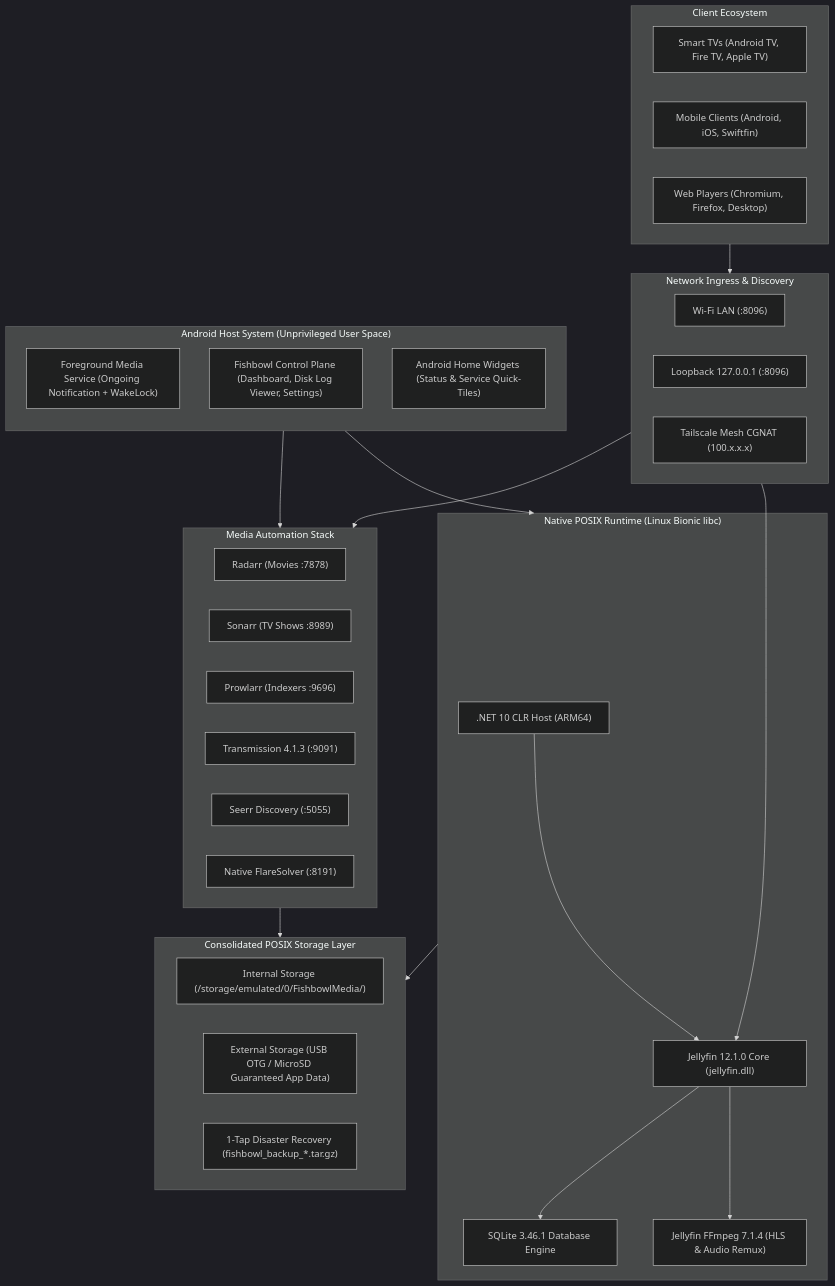
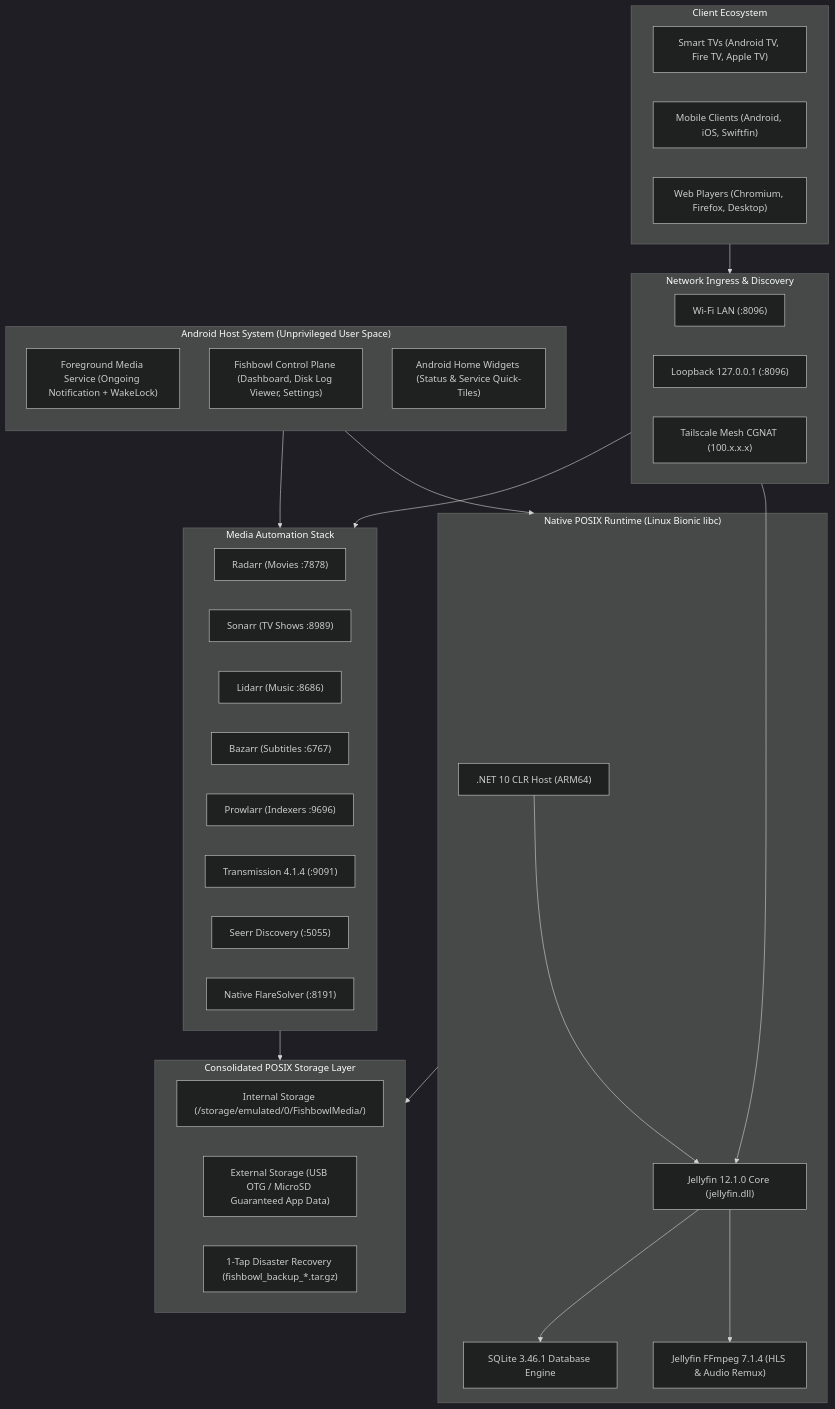
Before and after one commit to Suz41/Fishbowl: the diagram in README.md, drawn with Mermaid (dark theme). The commit also changed other lines of this file and 3 other files, not shown here.

Commit message:
fix(media-stack): resolve Transmission 4.1.4, Bazarr Python runtime, Seerr Node.js engine, root folder auto-wiring, and setup overlay dismiss

````diff
--- a/README.md
+++ b/README.md
@@ -161,55 +161,57 @@
 ```mermaid
 flowchart TD
     subgraph Clients["Client Ecosystem"]
         TV["Smart TVs (Android TV, Fire TV, Apple TV)"]
         Mobile["Mobile Clients (Android, iOS, Swiftfin)"]
         Browser["Web Players (Chromium, Firefox, Desktop)"]
     end
 
     subgraph Network["Network Ingress & Discovery"]
         LAN["Wi-Fi LAN (:8096)"]
         Localhost["Loopback 127.0.0.1 (:8096)"]
         Tailscale["Tailscale Mesh CGNAT (100.x.x.x)"]
     end
 
     subgraph AndroidHost["Android Host System (Unprivileged User Space)"]
         direction TB
         FGS["Foreground Media Service (Ongoing Notification + WakeLock)"]
         UI["Fishbowl Control Plane (Dashboard, Disk Log Viewer, Settings)"]
         Widgets["Android Home Widgets (Status & Service Quick-Tiles)"]
     end
 
     subgraph Engine["Native POSIX Runtime (Linux Bionic libc)"]
         DOTNET[".NET 10 CLR Host (ARM64)"]
         JFN["Jellyfin 12.1.0 Core (jellyfin.dll)"]
         FFMPEG["Jellyfin FFmpeg 7.1.4 (HLS & Audio Remux)"]
         SQLITE["SQLite 3.46.1 Database Engine"]
         
         DOTNET --> JFN
         JFN --> FFMPEG
         JFN --> SQLITE
     end
 
     subgraph Automation["Media Automation Stack"]
         RADARR["Radarr (Movies :7878)"]
         SONARR["Sonarr (TV Shows :8989)"]
+        LIDARR["Lidarr (Music :8686)"]
+        BAZARR["Bazarr (Subtitles :6767)"]
         PROWLARR["Prowlarr (Indexers :9696)"]
-        TRANS["Transmission 4.1.3 (:9091)"]
+        TRANS["Transmission 4.1.4 (:9091)"]
         SEERR["Seerr Discovery (:5055)"]
         SOLVER["Native FlareSolver (:8191)"]
     end
 
     subgraph Storage["Consolidated POSIX Storage Layer"]
         INT["Internal Storage (/storage/emulated/0/FishbowlMedia/)"]
         EXT["External Storage (USB OTG / MicroSD Guaranteed App Data)"]
         BACKUP["1-Tap Disaster Recovery (fishbowl_backup_*.tar.gz)"]
     end
 
     Clients --> Network
     Network --> JFN
     Network --> Automation
     AndroidHost --> Engine
     AndroidHost --> Automation
     Engine --> Storage
     Automation --> Storage
 ```
````
